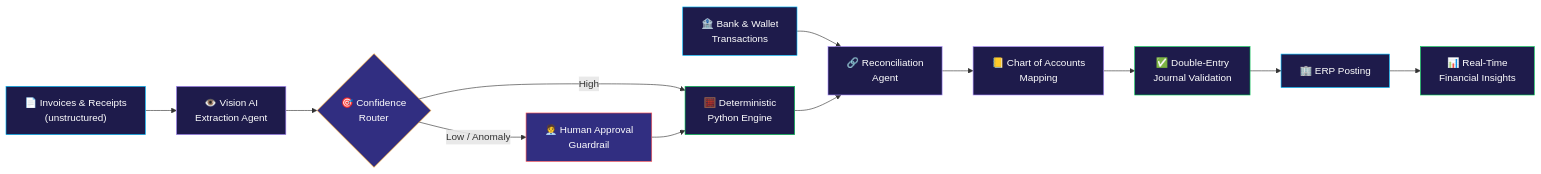
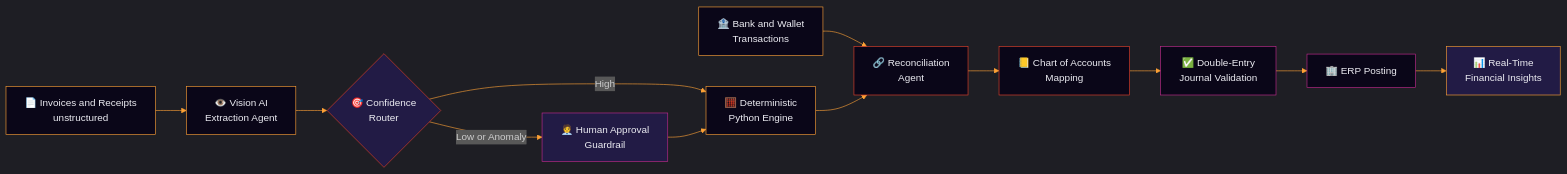
The diagram in README.md (Moamen-R/Moamen-R), drawn with Mermaid before and after one commit. The commit also changed other lines of this file, not shown here.

````diff
--- a/README.md
+++ b/README.md
@@ -73,26 +135,27 @@
 ```mermaid
+%%{init: {'theme':'dark','themeVariables': {'primaryTextColor':'#EDEDF3','lineColor':'#FDA136','fontFamily':'monospace'}}}%%
 flowchart LR
-    A["📄 Invoices & Receipts<br/>(unstructured)"] --> B["👁️ Vision AI<br/>Extraction Agent"]
+    A["📄 Invoices and Receipts<br/>unstructured"] --> B["👁️ Vision AI<br/>Extraction Agent"]
     B --> C{"🎯 Confidence<br/>Router"}
     C -- "High" --> D["🧮 Deterministic<br/>Python Engine"]
-    C -- "Low / Anomaly" --> H["🧑‍💼 Human Approval<br/>Guardrail"]
+    C -- "Low or Anomaly" --> H["🧑‍💼 Human Approval<br/>Guardrail"]
     H --> D
-    E["🏦 Bank & Wallet<br/>Transactions"] --> F["🔗 Reconciliation<br/>Agent"]
+    E["🏦 Bank and Wallet<br/>Transactions"] --> F["🔗 Reconciliation<br/>Agent"]
     D --> F
     F --> G["📒 Chart of Accounts<br/>Mapping"]
     G --> J["✅ Double-Entry<br/>Journal Validation"]
     J --> K["🏢 ERP Posting"]
     K --> L["📊 Real-Time<br/>Financial Insights"]
 
-    style A fill:#1e1b4b,stroke:#00BFFF,color:#fff
-    style B fill:#1e1b4b,stroke:#A78BFA,color:#fff
-    style C fill:#312e81,stroke:#FFA116,color:#fff
-    style D fill:#1e1b4b,stroke:#00C853,color:#fff
-    style H fill:#312e81,stroke:#FF5252,color:#fff
-    style E fill:#1e1b4b,stroke:#00BFFF,color:#fff
-    style F fill:#1e1b4b,stroke:#A78BFA,color:#fff
-    style G fill:#1e1b4b,stroke:#A78BFA,color:#fff
-    style J fill:#1e1b4b,stroke:#00C853,color:#fff
-    style K fill:#1e1b4b,stroke:#00BFFF,color:#fff
-    style L fill:#1e1b4b,stroke:#00C853,color:#fff
+    style A fill:#0A0618,stroke:#FDA136,color:#EDEDF3
+    style B fill:#0A0618,stroke:#FDA136,color:#EDEDF3
+    style C fill:#221B45,stroke:#E4402A,color:#EDEDF3
+    style D fill:#0A0618,stroke:#FDA136,color:#EDEDF3
+    style H fill:#221B45,stroke:#C22B8E,color:#EDEDF3
+    style E fill:#0A0618,stroke:#FDA136,color:#EDEDF3
+    style F fill:#0A0618,stroke:#E4402A,color:#EDEDF3
+    style G fill:#0A0618,stroke:#E4402A,color:#EDEDF3
+    style J fill:#0A0618,stroke:#C22B8E,color:#EDEDF3
+    style K fill:#0A0618,stroke:#C22B8E,color:#EDEDF3
+    style L fill:#221B45,stroke:#FDA136,color:#EDEDF3
 ```
````
